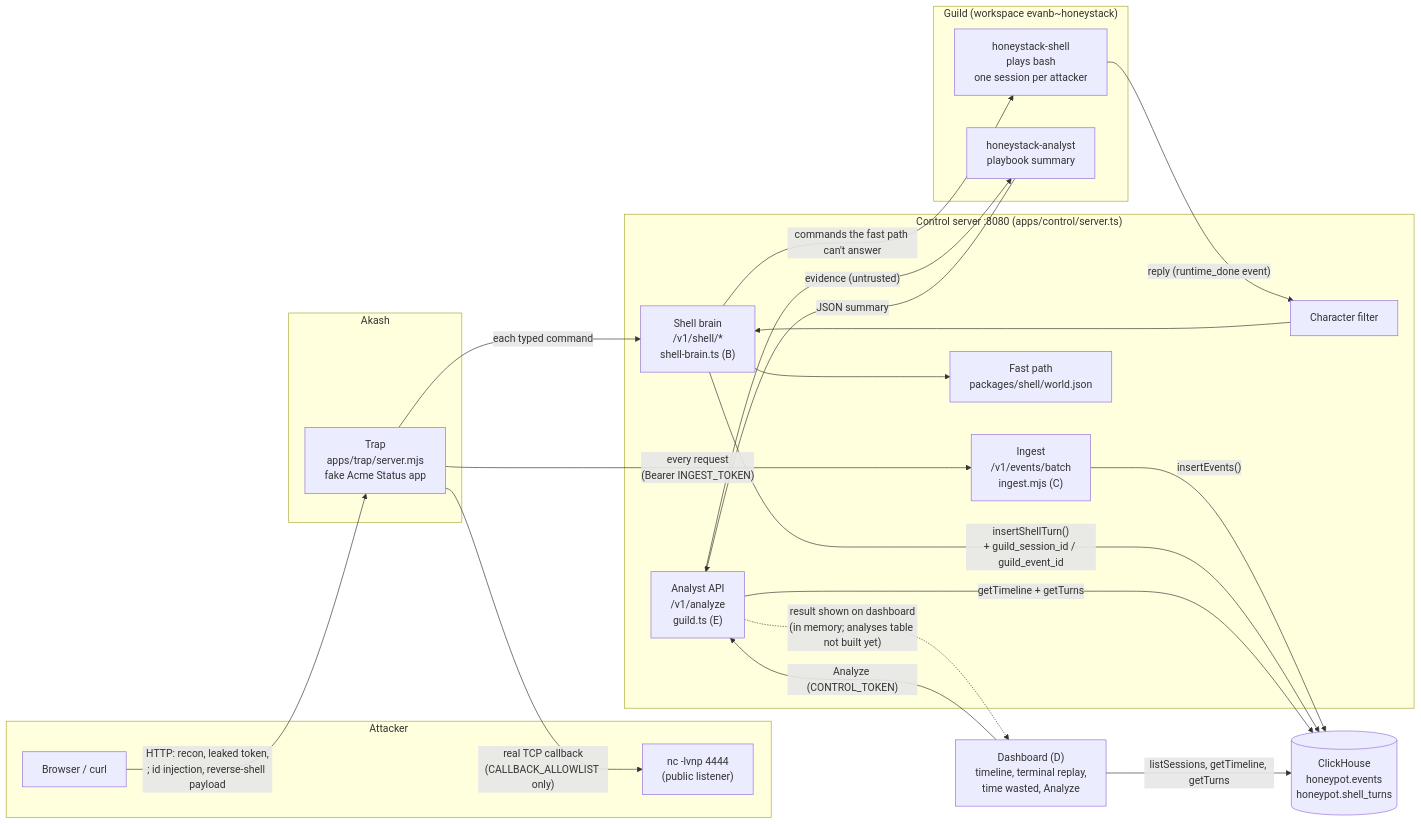
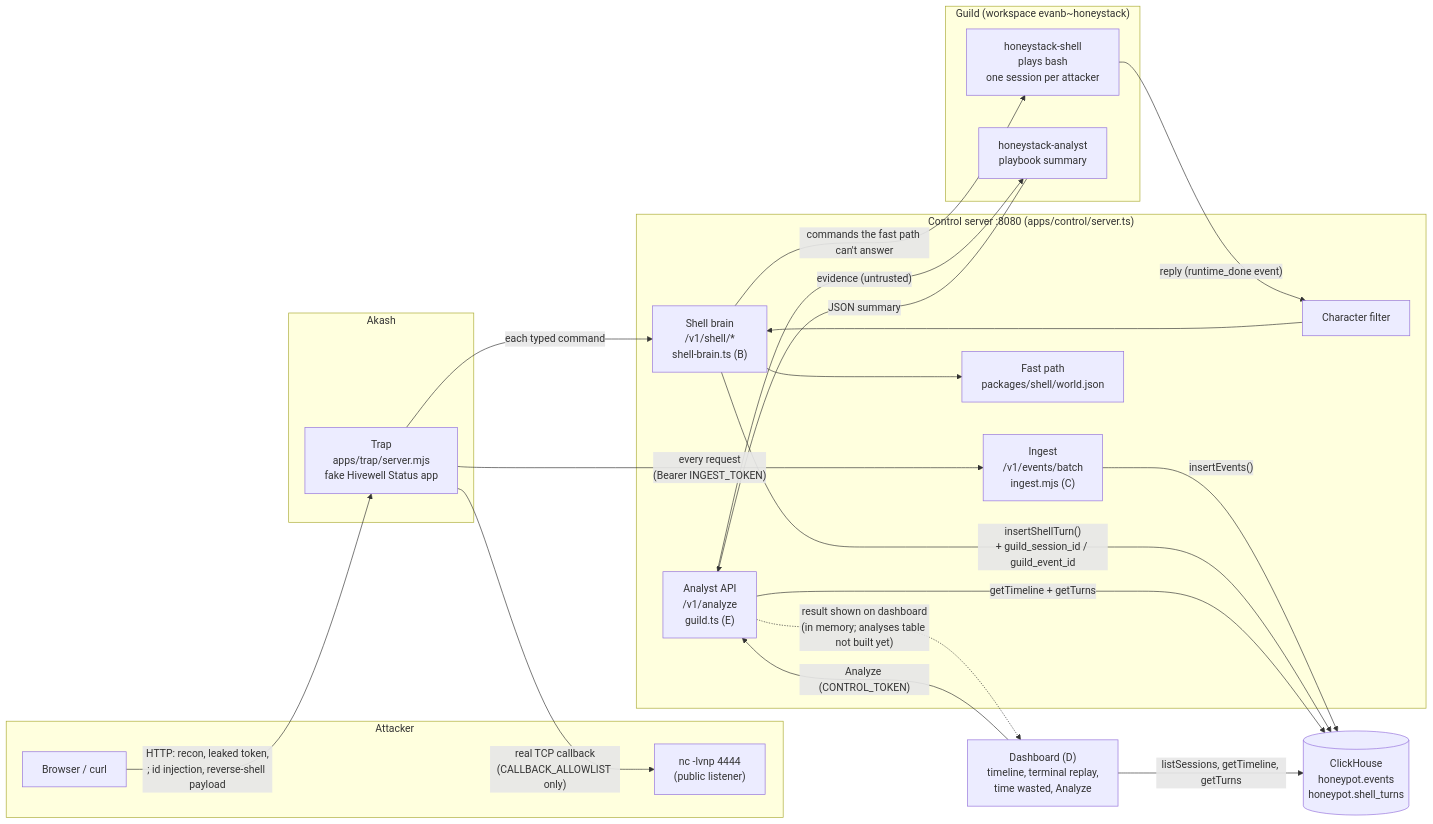
The first of 4 diagrams in docs/architecture.md (adityasugandhi/HoneyStack), drawn with Mermaid before and after one commit. The commit also changed other lines of this file and 26 other files, not shown here.

First line of the commit message:
Trap: Hivewell beekeeping company site with a public-to-internal bridge

````diff
--- a/docs/architecture.md
+++ b/docs/architecture.md
@@ -7,44 +7,44 @@
 ```mermaid
 flowchart LR
   subgraph ATT["Attacker"]
     A1["Browser / curl"]
     A2["nc -lvnp 4444<br/>(public listener)"]
   end
 
   subgraph AK["Akash"]
-    T["Trap<br/>apps/trap/server.mjs<br/>fake Acme Status app"]
+    T["Trap<br/>apps/trap/server.mjs<br/>fake Hivewell Status app"]
   end
 
   subgraph CS["Control server :8080 (apps/control/server.ts)"]
     ING["Ingest<br/>/v1/events/batch<br/>ingest.mjs (C)"]
     SB["Shell brain<br/>/v1/shell/*<br/>shell-brain.ts (B)"]
     FP["Fast path<br/>packages/shell/world.json"]
     FL["Character filter"]
     AN["Analyst API<br/>/v1/analyze<br/>guild.ts (E)"]
   end
 
   subgraph GU["Guild (workspace evanb~honeystack)"]
     GS["honeystack-shell<br/>plays bash<br/>one session per attacker"]
     GA["honeystack-analyst<br/>playbook summary"]
   end
 
   CH[("ClickHouse<br/>honeypot.events<br/>honeypot.shell_turns")]
   D["Dashboard (D)<br/>timeline, terminal replay,<br/>time wasted, Analyze"]
 
   A1 -- "HTTP: recon, leaked token,<br/>; id injection, reverse-shell payload" --> T
   T -- "real TCP callback<br/>(CALLBACK_ALLOWLIST only)" --> A2
   T -- "every request<br/>(Bearer INGEST_TOKEN)" --> ING
   T -- "each typed command" --> SB
   SB --> FP
   SB -- "commands the fast path can't answer" --> GS
   GS -- "reply (runtime_done event)" --> FL
   FL --> SB
   ING -- "insertEvents()" --> CH
   SB -- "insertShellTurn()<br/>+ guild_session_id / guild_event_id" --> CH
   D -- "listSessions, getTimeline, getTurns" --> CH
   D -- "Analyze (CONTROL_TOKEN)" --> AN
   AN -- "getTimeline + getTurns" --> CH
   AN -- "evidence (untrusted)" --> GA
   GA -- "JSON summary" --> AN
   AN -. "result shown on dashboard<br/>(in memory; analyses table not built yet)" .-> D
 ```
````
